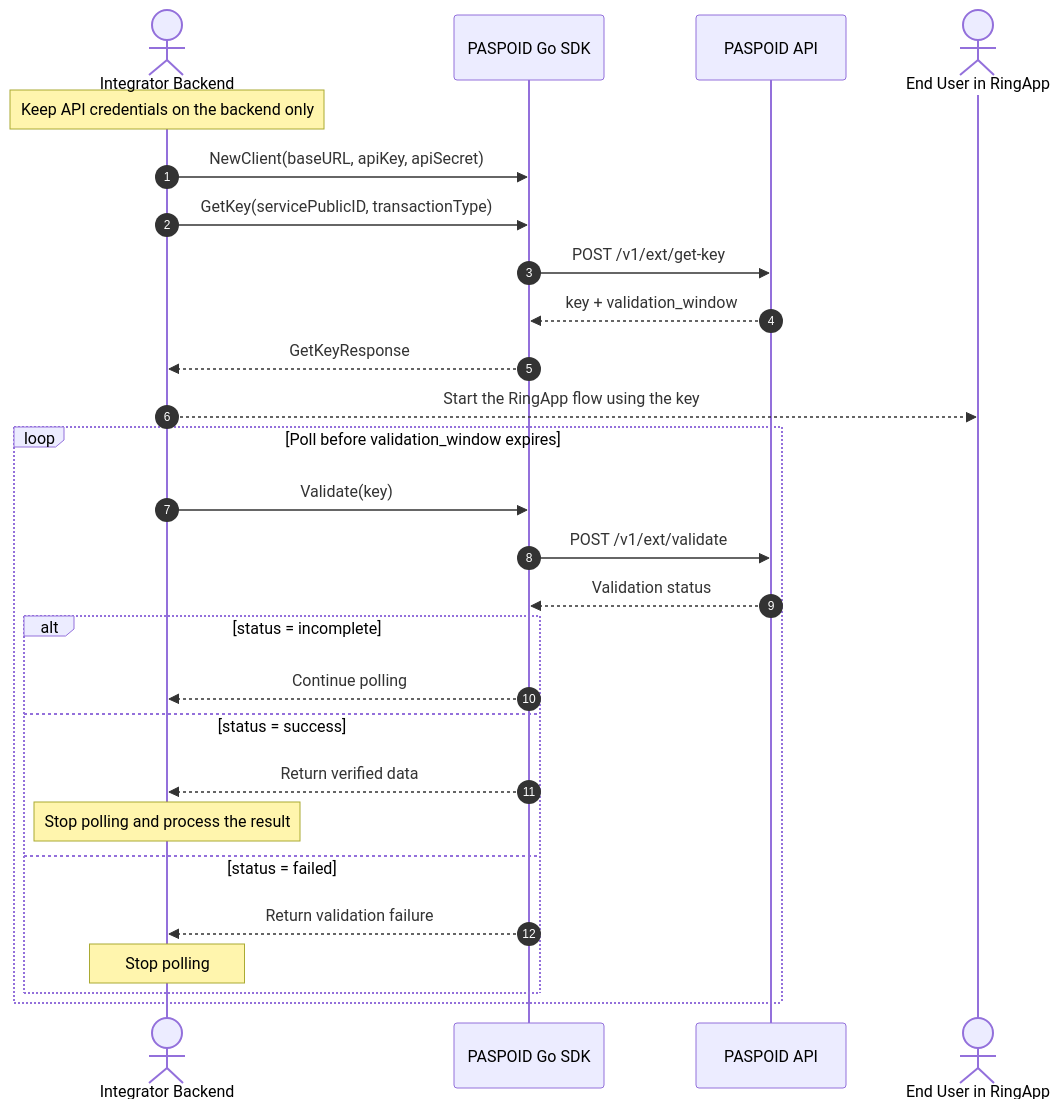
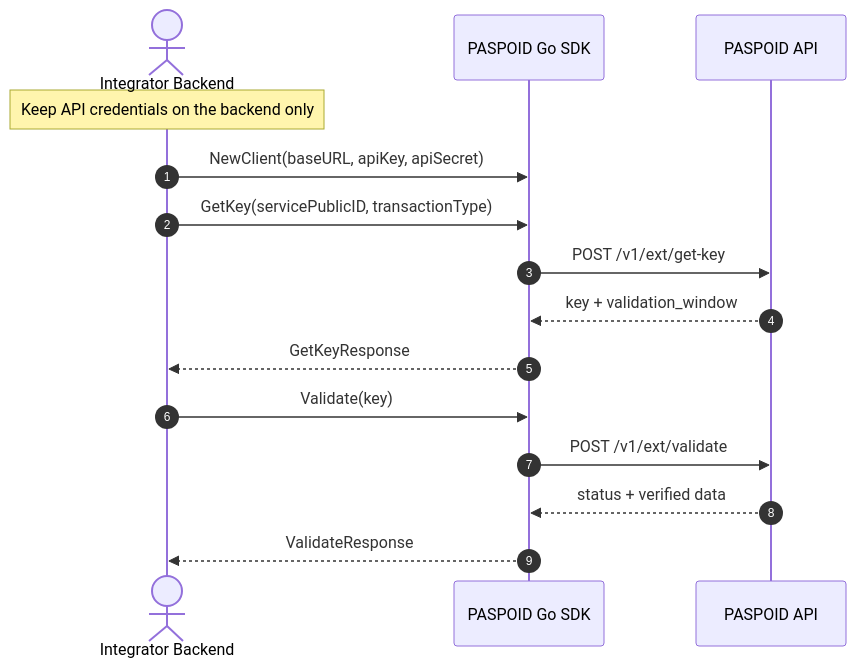
Before and after one commit to paspoid/server-api: the diagram in README.md, drawn with Mermaid. The commit also changed other lines of this file and 1 other file, not shown here.

Commit message:
refactor: remove manual polling logic from validation flow in documentation and example code

````diff
--- a/README.md
+++ b/README.md
@@ -149,35 +145,21 @@
 ```mermaid
 sequenceDiagram
     autonumber
 
     actor Backend as Integrator Backend
     participant SDK as PASPOID Go SDK
     participant API as PASPOID API
-    actor User as End User in RingApp
 
     Note over Backend: Keep API credentials on the backend only
 
     Backend->>SDK: NewClient(baseURL, apiKey, apiSecret)
     Backend->>SDK: GetKey(servicePublicID, transactionType)
     SDK->>API: POST /v1/ext/get-key
     API-->>SDK: key + validation_window
     SDK-->>Backend: GetKeyResponse
 
-    Backend-->>User: Start the RingApp flow using the key
-
-    loop Poll before validation_window expires
-        Backend->>SDK: Validate(key)
-        SDK->>API: POST /v1/ext/validate
-        API-->>SDK: Validation status
-
-        alt status = incomplete
-            SDK-->>Backend: Continue polling
-        else status = success
-            SDK-->>Backend: Return verified data
-            Note over Backend: Stop polling and process the result
-        else status = failed
-            SDK-->>Backend: Return validation failure
-            Note over Backend: Stop polling
-        end
-    end
+    Backend->>SDK: Validate(key)
+    SDK->>API: POST /v1/ext/validate
+    API-->>SDK: status + verified data
+    SDK-->>Backend: ValidateResponse
 ```
````
